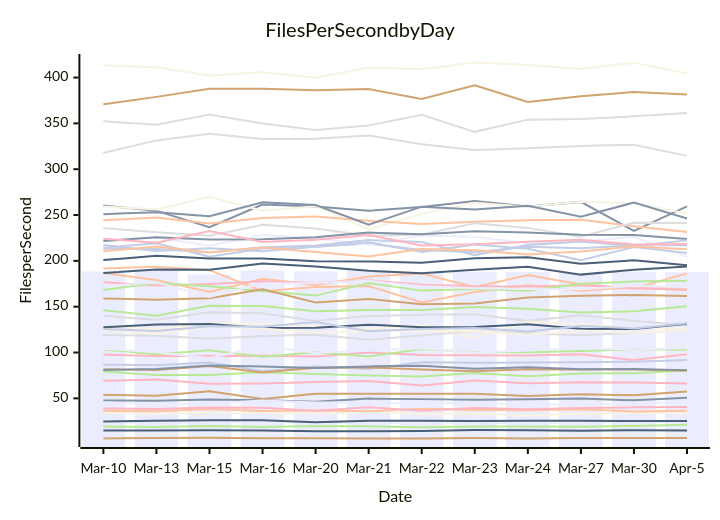
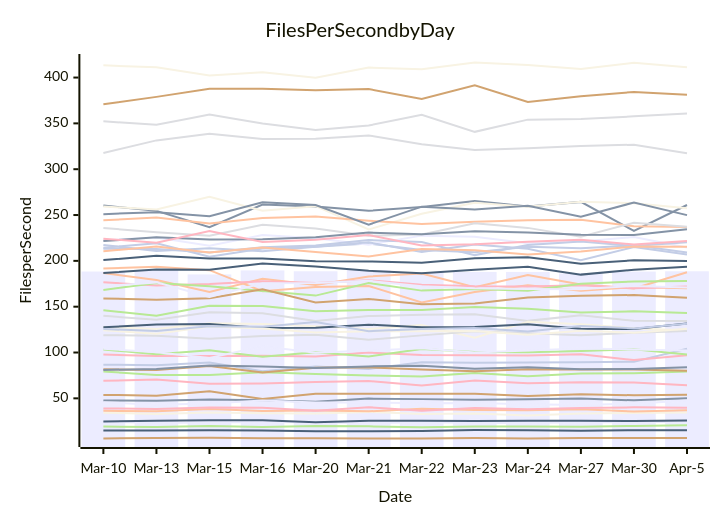
Before and after one commit to streetsidesoftware/cspell: the diagram in perf-report.md, drawn with Mermaid. The commit also changed other lines of this file and 2 other files, not shown here.

````diff
--- a/perf-report.md
+++ b/perf-report.md
@@ -11,57 +11,57 @@
 ```mermaid
 xychart-beta
     title Files Per Second by Day
     y-axis Files per Second
     x-axis Date [Mar-10, Mar-13, Mar-15, Mar-16, Mar-20, Mar-21, Mar-22, Mar-23, Mar-24, Mar-27, Mar-30, Apr-5]
-    bar [188.38, 189.98, 185.21, 189.57, 188.63, 189.87, 187.45, 187.93, 187.93, 186.35, 188.30, 187.77]
-    line [47.70, 47.47, 48.64, 47.90, 46.22, 49.72, 49.15, 48.47, 48.92, 49.74, 47.82, 50.60]
-    line [186.65, 179.06, 166.05, 180.55, 173.75, 182.92, 186.30, 171.18, 184.68, 174.16, 169.88, 186.31]
-    line [140.01, 135.63, 143.93, 142.95, 134.36, 139.82, 141.15, 141.79, 134.53, 140.55, 134.62, 129.41]
-    line [146.06, 140.05, 150.95, 150.81, 144.94, 146.39, 146.52, 149.65, 147.78, 143.68, 144.97, 150.41]
-    line [53.77, 52.96, 57.64, 49.40, 55.01, 55.07, 55.14, 54.97, 52.69, 54.36, 53.37, 57.50]
-    line [86.73, 86.09, 89.20, 79.46, 84.64, 82.02, 89.37, 88.80, 89.20, 89.35, 90.00, 91.84]
-    line [69.18, 70.51, 65.83, 66.30, 67.73, 68.98, 63.91, 69.35, 66.34, 67.66, 67.35, 66.27]
-    line [14.93, 14.92, 15.23, 14.84, 14.06, 13.99, 14.45, 15.39, 15.15, 14.76, 15.30, 15.04]
-    line [127.81, 125.76, 132.01, 131.14, 128.67, 125.67, 130.11, 116.06, 133.46, 130.91, 126.44, 126.60]
-    line [24.56, 23.16, 23.57, 24.07, 23.83, 22.72, 24.07, 23.01, 23.19, 23.80, 24.02, 24.42]
-    line [260.43, 254.55, 236.73, 261.47, 259.22, 254.59, 258.80, 265.17, 259.19, 264.34, 232.73, 259.48]
-    line [191.68, 193.62, 189.84, 166.89, 171.60, 172.56, 154.71, 166.00, 173.35, 167.42, 171.49, 169.99]
-    line [352.21, 348.39, 359.59, 349.81, 342.75, 347.71, 359.34, 340.76, 354.09, 354.69, 357.70, 361.27]
-    line [79.36, 75.39, 75.58, 78.40, 76.58, 74.92, 73.83, 77.77, 74.02, 77.10, 77.41, 80.27]
-    line [81.66, 80.93, 85.41, 78.19, 83.51, 83.81, 81.43, 79.47, 81.70, 81.36, 81.35, 80.06]
-    line [214.22, 219.20, 204.44, 213.42, 215.32, 218.95, 211.96, 209.30, 215.41, 213.73, 216.98, 216.90]
-    line [176.56, 173.19, 174.63, 177.66, 175.92, 178.79, 174.01, 172.30, 172.16, 173.35, 170.18, 168.23]
-    line [186.81, 190.52, 190.26, 197.02, 193.75, 189.15, 186.42, 190.28, 193.49, 184.99, 190.27, 193.72]
-    line [259.39, 256.02, 269.97, 254.79, 259.65, 234.19, 251.38, 263.45, 259.03, 264.42, 262.82, 251.78]
-    line [222.38, 225.56, 216.60, 228.18, 224.68, 217.69, 227.52, 226.28, 219.14, 221.19, 226.02, 204.66]
-    line [81.02, 82.11, 85.90, 84.63, 82.99, 84.87, 85.57, 82.40, 83.84, 81.84, 82.00, 80.79]
-    line [244.22, 247.23, 240.74, 246.80, 248.37, 243.77, 240.29, 242.61, 244.28, 244.79, 237.77, 231.46]
-    line [235.85, 231.18, 227.46, 239.47, 235.22, 227.41, 228.79, 241.01, 235.98, 226.38, 241.62, 241.32]
-    line [168.17, 175.84, 172.23, 167.20, 162.09, 175.73, 167.53, 169.26, 167.37, 175.14, 177.59, 178.31]
-    line [6.32, 6.79, 7.12, 6.59, 6.35, 6.19, 6.26, 6.60, 6.25, 6.74, 6.77, 6.74]
-    line [217.40, 210.64, 213.63, 210.38, 215.44, 220.20, 209.66, 217.73, 213.19, 200.65, 215.04, 208.68]
-    line [97.82, 96.22, 96.21, 96.60, 95.61, 100.00, 97.34, 96.90, 96.73, 98.18, 91.72, 98.02]
-    line [127.60, 130.54, 131.20, 126.76, 126.98, 130.36, 127.52, 127.75, 130.81, 125.94, 125.76, 131.51]
-    line [34.36, 33.03, 34.53, 33.80, 33.49, 35.23, 32.80, 33.41, 31.17, 33.44, 33.97, 33.79]
-    line [45.79, 43.00, 44.30, 47.55, 45.42, 45.55, 44.76, 44.94, 43.55, 42.67, 44.21, 47.20]
-    line [221.56, 225.82, 223.33, 223.62, 225.78, 230.86, 229.00, 232.44, 230.81, 228.49, 228.09, 223.86]
-    line [36.38, 35.91, 38.37, 36.25, 36.61, 35.87, 38.67, 37.37, 36.99, 37.97, 35.69, 36.57]
-    line [118.95, 118.40, 114.99, 118.14, 119.47, 113.95, 118.70, 123.16, 121.00, 118.77, 121.60, 124.24]
-    line [103.33, 98.05, 102.55, 95.32, 100.34, 95.68, 103.94, 100.49, 100.37, 101.61, 103.43, 103.20]
-    line [159.01, 157.48, 159.10, 169.05, 154.54, 158.47, 152.54, 153.40, 160.13, 161.83, 162.72, 161.59]
-    line [213.30, 213.00, 209.05, 214.75, 216.78, 222.67, 220.47, 206.28, 217.42, 221.24, 216.32, 222.35]
-    line [38.99, 38.46, 40.13, 39.77, 36.42, 40.38, 36.50, 39.38, 38.08, 39.48, 40.18, 40.57]
-    line [24.74, 25.60, 26.18, 25.98, 23.83, 25.61, 25.64, 25.22, 25.67, 25.63, 25.15, 25.18]
-    line [124.38, 120.45, 128.40, 126.26, 121.85, 123.29, 123.31, 123.57, 119.37, 123.63, 121.70, 124.35]
-    line [104.19, 100.36, 94.07, 106.95, 99.82, 102.15, 104.63, 100.11, 102.26, 104.28, 103.40, 104.82]
-    line [250.97, 253.10, 248.68, 263.99, 260.91, 239.46, 259.16, 256.10, 260.18, 248.06, 263.68, 246.30]
-    line [210.46, 215.67, 209.05, 214.60, 209.59, 204.82, 212.94, 211.50, 207.03, 210.21, 215.65, 212.67]
-    line [317.67, 331.44, 338.69, 332.97, 333.24, 336.87, 327.34, 320.84, 322.94, 325.27, 326.73, 314.54]
-    line [19.22, 18.67, 19.78, 18.71, 19.79, 19.47, 18.35, 19.30, 19.37, 19.08, 19.88, 21.30]
-    line [370.91, 378.91, 387.90, 387.80, 386.06, 387.41, 376.59, 391.51, 373.44, 379.72, 384.27, 381.48]
-    line [125.61, 123.50, 128.64, 128.22, 133.34, 123.28, 125.66, 126.65, 122.93, 128.82, 126.34, 131.96]
-    line [224.11, 219.75, 232.68, 220.52, 223.12, 228.15, 216.79, 218.07, 220.91, 223.03, 217.84, 218.32]
-    line [200.86, 205.50, 202.63, 202.69, 199.56, 199.40, 197.96, 202.91, 203.92, 196.82, 200.56, 195.27]
-    line [413.29, 411.20, 402.18, 405.65, 399.88, 410.92, 409.10, 416.42, 413.72, 409.38, 416.05, 404.41]
-    line [172.27, 176.52, 160.55, 175.49, 175.91, 178.24, 172.29, 170.07, 169.37, 169.09, 172.70, 171.12]
+    bar [188.38, 189.98, 185.21, 189.57, 188.63, 189.87, 187.45, 187.93, 187.93, 186.35, 188.30, 188.64]
+    line [47.70, 47.47, 48.64, 47.90, 46.22, 49.72, 49.15, 48.47, 48.92, 49.74, 47.82, 50.09]
+    line [186.65, 179.06, 166.05, 180.55, 173.75, 182.92, 186.30, 171.18, 184.68, 174.16, 169.88, 187.57]
+    line [140.01, 135.63, 143.93, 142.95, 134.36, 139.82, 141.15, 141.79, 134.53, 140.55, 134.62, 134.52]
+    line [146.06, 140.05, 150.95, 150.81, 144.94, 146.39, 146.52, 149.65, 147.78, 143.68, 144.97, 143.19]
+    line [53.77, 52.96, 57.64, 49.40, 55.01, 55.07, 55.14, 54.97, 52.69, 54.36, 53.37, 53.93]
+    line [86.73, 86.09, 89.20, 79.46, 84.64, 82.02, 89.37, 88.80, 89.20, 89.35, 90.00, 104.21]
+    line [69.18, 70.51, 65.83, 66.30, 67.73, 68.98, 63.91, 69.35, 66.34, 67.66, 67.35, 64.32]
+    line [14.93, 14.92, 15.23, 14.84, 14.06, 13.99, 14.45, 15.39, 15.15, 14.76, 15.30, 15.17]
+    line [127.81, 125.76, 132.01, 131.14, 128.67, 125.67, 130.11, 116.06, 133.46, 130.91, 126.44, 124.08]
+    line [24.56, 23.16, 23.57, 24.07, 23.83, 22.72, 24.07, 23.01, 23.19, 23.80, 24.02, 24.56]
+    line [260.43, 254.55, 236.73, 261.47, 259.22, 254.59, 258.80, 265.17, 259.19, 264.34, 232.73, 260.97]
+    line [191.68, 193.62, 189.84, 166.89, 171.60, 172.56, 154.71, 166.00, 173.35, 167.42, 171.49, 170.14]
+    line [352.21, 348.39, 359.59, 349.81, 342.75, 347.71, 359.34, 340.76, 354.09, 354.69, 357.70, 360.66]
+    line [79.36, 75.39, 75.58, 78.40, 76.58, 74.92, 73.83, 77.77, 74.02, 77.10, 77.41, 79.24]
+    line [81.66, 80.93, 85.41, 78.19, 83.51, 83.81, 81.43, 79.47, 81.70, 81.36, 81.35, 80.09]
+    line [214.22, 219.20, 204.44, 213.42, 215.32, 218.95, 211.96, 209.30, 215.41, 213.73, 216.98, 209.02]
+    line [176.56, 173.19, 174.63, 177.66, 175.92, 178.79, 174.01, 172.30, 172.16, 173.35, 170.18, 172.14]
+    line [186.81, 190.52, 190.26, 197.02, 193.75, 189.15, 186.42, 190.28, 193.49, 184.99, 190.27, 193.66]
+    line [259.39, 256.02, 269.97, 254.79, 259.65, 234.19, 251.38, 263.45, 259.03, 264.42, 262.82, 257.45]
+    line [222.38, 225.56, 216.60, 228.18, 224.68, 217.69, 227.52, 226.28, 219.14, 221.19, 226.02, 214.52]
+    line [81.02, 82.11, 85.90, 84.63, 82.99, 84.87, 85.57, 82.40, 83.84, 81.84, 82.00, 83.83]
+    line [244.22, 247.23, 240.74, 246.80, 248.37, 243.77, 240.29, 242.61, 244.28, 244.79, 237.77, 236.82]
+    line [235.85, 231.18, 227.46, 239.47, 235.22, 227.41, 228.79, 241.01, 235.98, 226.38, 241.62, 237.29]
+    line [168.17, 175.84, 172.23, 167.20, 162.09, 175.73, 167.53, 169.26, 167.37, 175.14, 177.59, 178.03]
+    line [6.32, 6.79, 7.12, 6.59, 6.35, 6.19, 6.26, 6.60, 6.25, 6.74, 6.77, 6.78]
+    line [217.40, 210.64, 213.63, 210.38, 215.44, 220.20, 209.66, 217.73, 213.19, 200.65, 215.04, 207.01]
+    line [97.82, 96.22, 96.21, 96.60, 95.61, 100.00, 97.34, 96.90, 96.73, 98.18, 91.72, 97.14]
+    line [127.60, 130.54, 131.20, 126.76, 126.98, 130.36, 127.52, 127.75, 130.81, 125.94, 125.76, 131.58]
+    line [34.36, 33.03, 34.53, 33.80, 33.49, 35.23, 32.80, 33.41, 31.17, 33.44, 33.97, 34.44]
+    line [45.79, 43.00, 44.30, 47.55, 45.42, 45.55, 44.76, 44.94, 43.55, 42.67, 44.21, 47.72]
+    line [221.56, 225.82, 223.33, 223.62, 225.78, 230.86, 229.00, 232.44, 230.81, 228.49, 228.09, 234.48]
+    line [36.38, 35.91, 38.37, 36.25, 36.61, 35.87, 38.67, 37.37, 36.99, 37.97, 35.69, 36.90]
+    line [118.95, 118.40, 114.99, 118.14, 119.47, 113.95, 118.70, 123.16, 121.00, 118.77, 121.60, 123.47]
+    line [103.33, 98.05, 102.55, 95.32, 100.34, 95.68, 103.94, 100.49, 100.37, 101.61, 103.43, 97.92]
+    line [159.01, 157.48, 159.10, 169.05, 154.54, 158.47, 152.54, 153.40, 160.13, 161.83, 162.72, 159.79]
+    line [213.30, 213.00, 209.05, 214.75, 216.78, 222.67, 220.47, 206.28, 217.42, 221.24, 216.32, 220.42]
+    line [38.99, 38.46, 40.13, 39.77, 36.42, 40.38, 36.50, 39.38, 38.08, 39.48, 40.18, 39.62]
+    line [24.74, 25.60, 26.18, 25.98, 23.83, 25.61, 25.64, 25.22, 25.67, 25.63, 25.15, 25.83]
+    line [124.38, 120.45, 128.40, 126.26, 121.85, 123.29, 123.31, 123.57, 119.37, 123.63, 121.70, 126.06]
+    line [104.19, 100.36, 94.07, 106.95, 99.82, 102.15, 104.63, 100.11, 102.26, 104.28, 103.40, 102.33]
+    line [250.97, 253.10, 248.68, 263.99, 260.91, 239.46, 259.16, 256.10, 260.18, 248.06, 263.68, 249.88]
+    line [210.46, 215.67, 209.05, 214.60, 209.59, 204.82, 212.94, 211.50, 207.03, 210.21, 215.65, 215.48]
+    line [317.67, 331.44, 338.69, 332.97, 333.24, 336.87, 327.34, 320.84, 322.94, 325.27, 326.73, 317.53]
+    line [19.22, 18.67, 19.78, 18.71, 19.79, 19.47, 18.35, 19.30, 19.37, 19.08, 19.88, 20.57]
+    line [370.91, 378.91, 387.90, 387.80, 386.06, 387.41, 376.59, 391.51, 373.44, 379.72, 384.27, 381.10]
+    line [125.61, 123.50, 128.64, 128.22, 133.34, 123.28, 125.66, 126.65, 122.93, 128.82, 126.34, 131.32]
+    line [224.11, 219.75, 232.68, 220.52, 223.12, 228.15, 216.79, 218.07, 220.91, 223.03, 217.84, 221.63]
+    line [200.86, 205.50, 202.63, 202.69, 199.56, 199.40, 197.96, 202.91, 203.92, 196.82, 200.56, 199.75]
+    line [413.29, 411.20, 402.18, 405.65, 399.88, 410.92, 409.10, 416.42, 413.72, 409.38, 416.05, 411.37]
+    line [172.27, 176.52, 160.55, 175.49, 175.91, 178.24, 172.29, 170.07, 169.37, 169.09, 172.70, 170.84]
 ```
````
